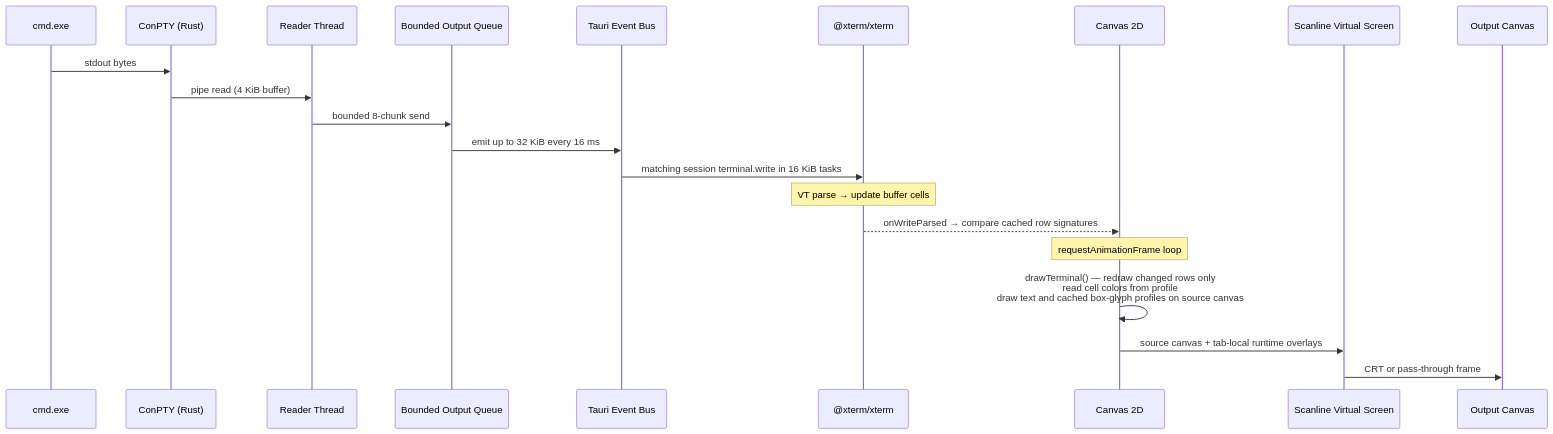
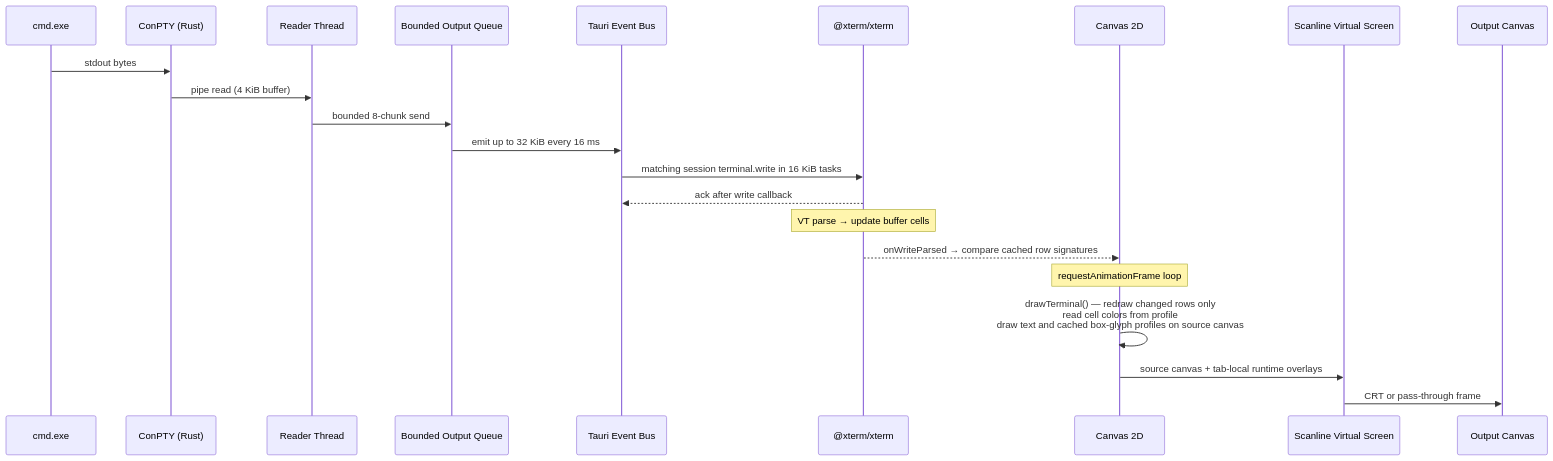
The second of 6 diagrams in docs/02-architecture.md (z-hunter/Scanline-Term), drawn with Mermaid before and after one commit. The commit also changed other lines of this file and 8 other files, not shown here.

````diff
--- a/docs/02-architecture.md
+++ b/docs/02-architecture.md
@@ -117,24 +117,25 @@
 ```mermaid
 sequenceDiagram
     participant Shell as cmd.exe
     participant ConPTY as ConPTY (Rust)
     participant Reader as Reader Thread
     participant Queue as Bounded Output Queue
     participant Tauri as Tauri Event Bus
     participant Xterm as @xterm/xterm
     participant Canvas as Canvas 2D
     participant SVS as Scanline Virtual Screen
     participant Output as Output Canvas
 
     Shell->>ConPTY: stdout bytes
     ConPTY->>Reader: pipe read (4 KiB buffer)
     Reader->>Queue: bounded 8-chunk send
     Queue->>Tauri: emit up to 32 KiB every 16 ms
     Tauri->>Xterm: matching session terminal.write in 16 KiB tasks
+    Xterm-->>Tauri: ack after write callback
     Note over Xterm: VT parse → update buffer cells
     Xterm-->>Canvas: onWriteParsed → compare cached row signatures
     Note over Canvas: requestAnimationFrame loop
     Canvas->>Canvas: drawTerminal() — redraw changed rows only<br/>read cell colors from profile<br/>draw text and cached box-glyph profiles on source canvas
     Canvas->>SVS: source canvas + tab-local runtime overlays
     SVS->>Output: CRT or pass-through frame
 ```
````
